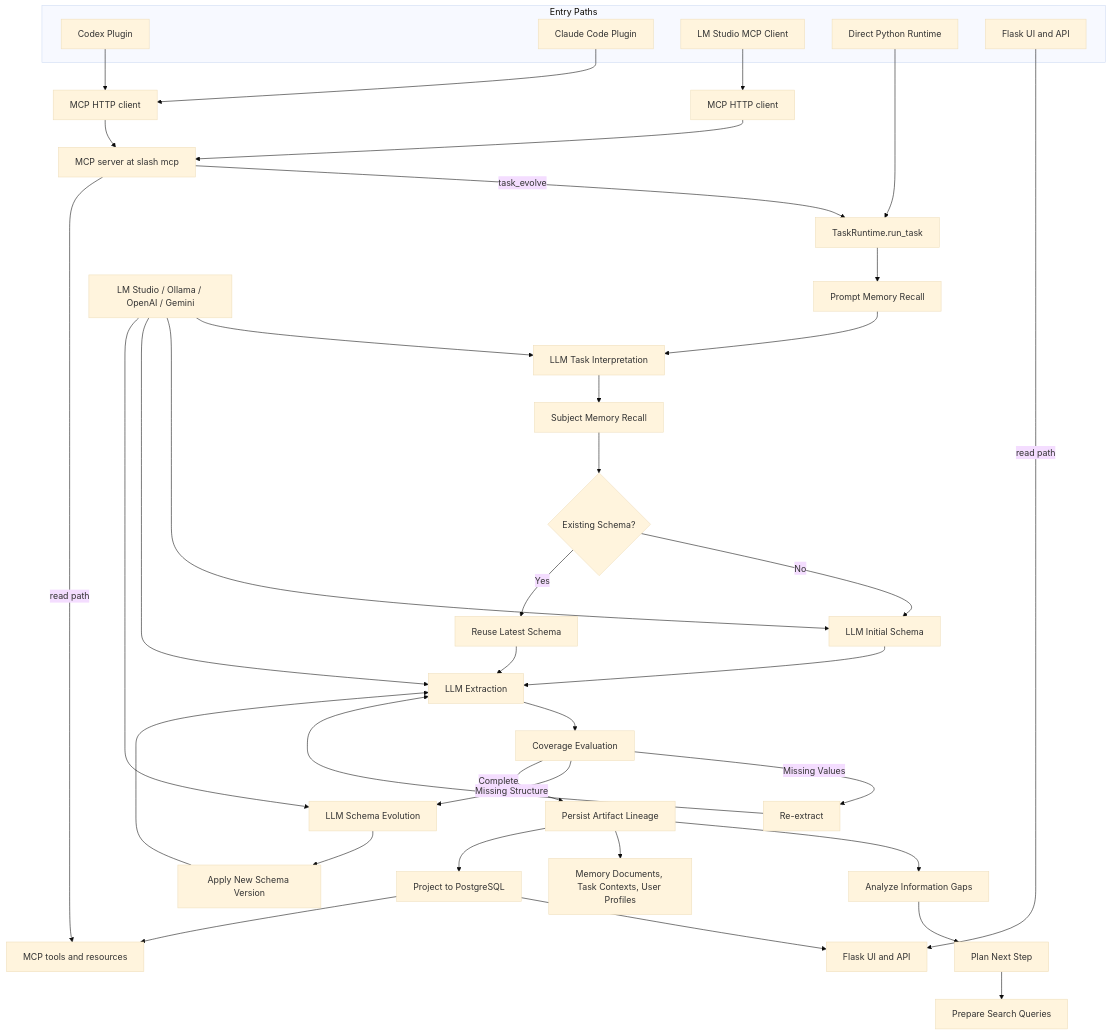
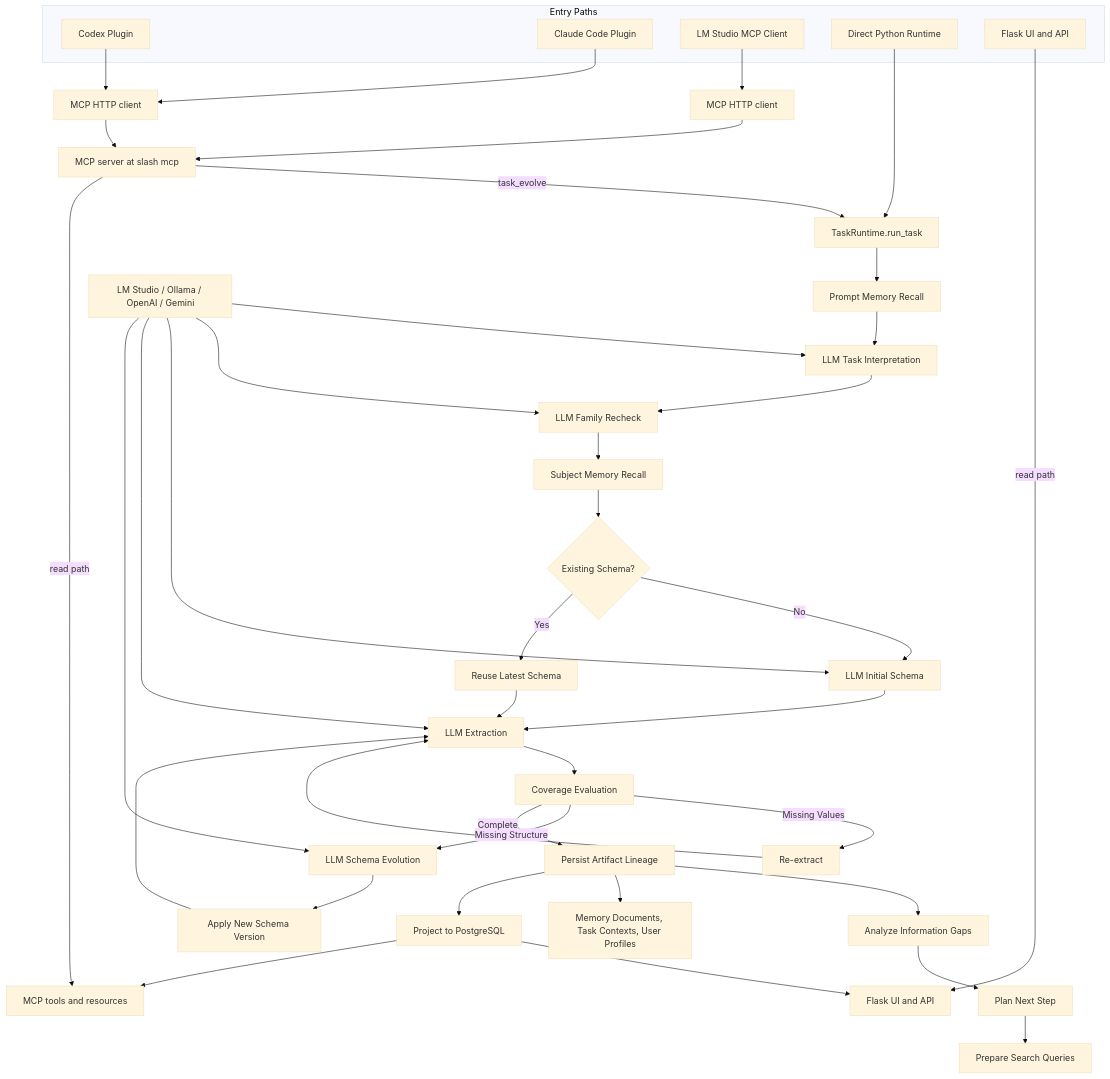
Before and after one commit to kawayuta/TraceRelay: the diagram in README.md, drawn with Mermaid (base theme). The commit also changed other lines of this file and 15 other files, not shown here.

Commit message:
feat: recheck task family before schema selection

````diff
--- a/README.md
+++ b/README.md
@@ -171,50 +172,52 @@
 ```mermaid
 flowchart TD
     subgraph Entry["Entry Paths"]
       A[Codex Plugin]
       B[Claude Code Plugin]
       C[LM Studio MCP Client]
       D[Direct Python Runtime]
       E[Flask UI and API]
     end
 
     A --> F[MCP HTTP client]
     B --> F
     C --> G[MCP HTTP client]
     F --> H[MCP server at slash mcp]
     G --> H
     D --> I[TaskRuntime.run_task]
     H -->|task_evolve| I
 
     I --> J[Prompt Memory Recall]
     J --> K[LLM Task Interpretation]
-    K --> L[Subject Memory Recall]
-    L --> M{Existing Schema?}
-    M -->|No| N[LLM Initial Schema]
-    M -->|Yes| O[Reuse Latest Schema]
-    N --> P[LLM Extraction]
-    O --> P
-    P --> Q[Coverage Evaluation]
-    Q -->|Missing Values| R[Re-extract]
-    R --> P
-    Q -->|Missing Structure| S[LLM Schema Evolution]
-    S --> T[Apply New Schema Version]
-    T --> P
-    Q -->|Complete| U[Persist Artifact Lineage]
+    K --> L[LLM Family Recheck]
+    L --> M[Subject Memory Recall]
+    M --> N{Existing Schema?}
+    N -->|No| O[LLM Initial Schema]
+    N -->|Yes| P[Reuse Latest Schema]
+    O --> Q[LLM Extraction]
+    P --> Q
+    Q --> R[Coverage Evaluation]
+    R -->|Missing Values| S[Re-extract]
+    S --> Q
+    R -->|Missing Structure| T[LLM Schema Evolution]
+    T --> U[Apply New Schema Version]
+    U --> Q
+    R -->|Complete| V[Persist Artifact Lineage]
 
-    U --> V1[Analyze Information Gaps]
-    V1 --> V2[Plan Next Step]
-    V2 --> V3[Prepare Search Queries]
+    V --> W1[Analyze Information Gaps]
+    W1 --> W2[Plan Next Step]
+    W2 --> W3[Prepare Search Queries]
 
-    V[LM Studio / Ollama / OpenAI / Gemini] --> K
-    V --> N
-    V --> P
-    V --> S
+    X[LM Studio / Ollama / OpenAI / Gemini] --> K
+    X --> L
+    X --> O
+    X --> Q
+    X --> T
 
-    U --> W[Memory Documents, Task Contexts, User Profiles]
-    U --> X[Project to PostgreSQL]
-    X --> Y[Flask UI and API]
-    X --> Z[MCP tools and resources]
-    E -->|read path| Y
-    H -->|read path| Z
+    V --> Y[Memory Documents, Task Contexts, User Profiles]
+    V --> Z[Project to PostgreSQL]
+    Z --> AA[Flask UI and API]
+    Z --> AB[MCP tools and resources]
+    E -->|read path| AA
+    H -->|read path| AB
 ```
````
